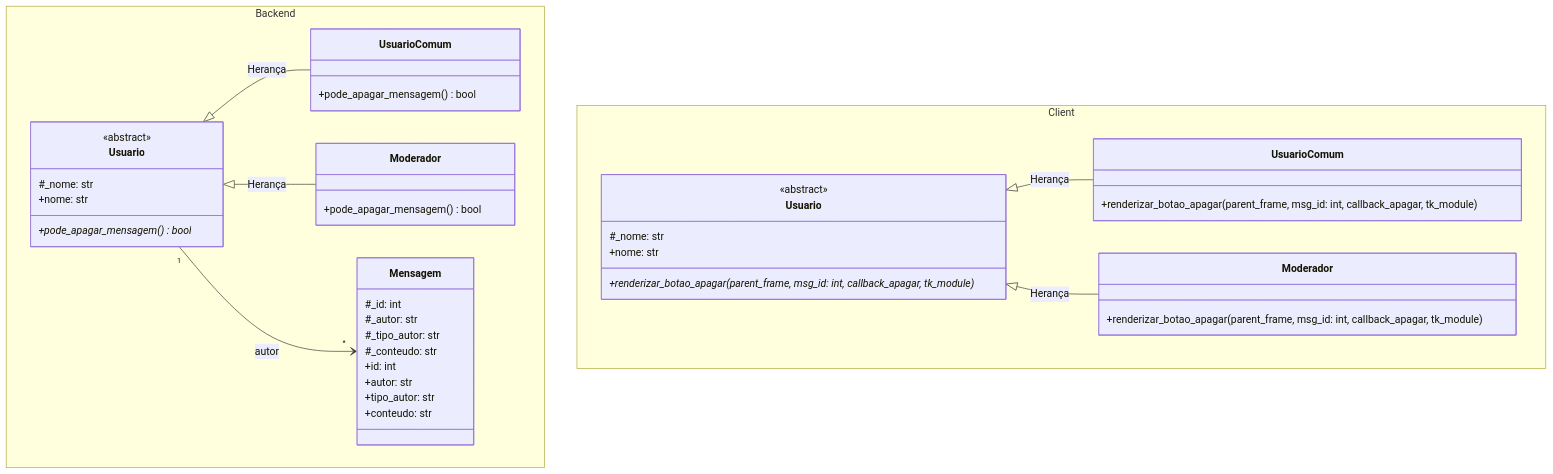
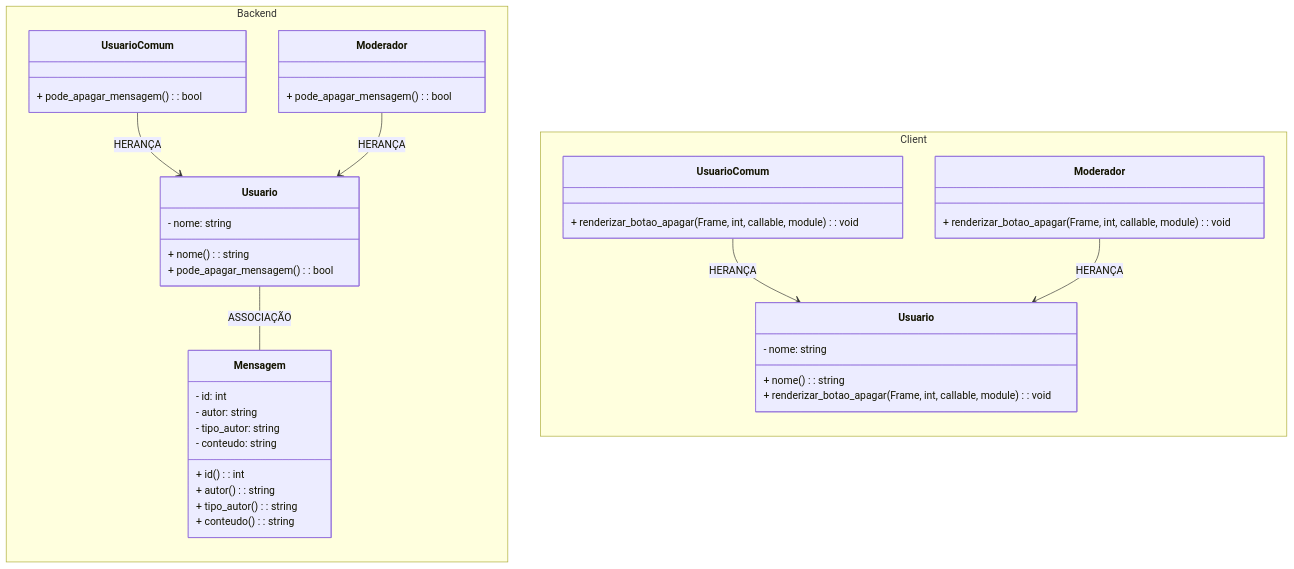
The diagram in README.md (Edu0032/chat-poo), drawn with Mermaid before and after one commit.

Commit message:
Padronização especifica do trabalho

````diff
--- a/README.md
+++ b/README.md
@@ -25,56 +25,54 @@
 ```mermaid
 classDiagram
-    direction TB
+    direction BT
 
     namespace Backend {
         class Usuario_Backend["Usuario"] {
-            <<abstract>>
-            #_nome: str
-            +nome: str
-            +pode_apagar_mensagem()* bool
+            - nome: string
+            + nome(): string
+            + pode_apagar_mensagem(): bool
         }
 
         class UsuarioComum_Backend["UsuarioComum"] {
-            +pode_apagar_mensagem() bool
+            + pode_apagar_mensagem(): bool
         }
 
         class Moderador_Backend["Moderador"] {
-            +pode_apagar_mensagem() bool
+            + pode_apagar_mensagem(): bool
         }
 
         class Mensagem {
-            #_id: int
-            #_autor: str
-            #_tipo_autor: str
-            #_conteudo: str
-            +id: int
-            +autor: str
-            +tipo_autor: str
-            +conteudo: str
+            - id: int
+            - autor: string
+            - tipo_autor: string
+            - conteudo: string
+            + id(): int
+            + autor(): string
+            + tipo_autor(): string
+            + conteudo(): string
         }
     }
 
     namespace Client {
         class Usuario_Client["Usuario"] {
-            <<abstract>>
-            #_nome: str
-            +nome: str
-            +renderizar_botao_apagar(parent_frame, msg_id: int, callback_apagar, tk_module)*
+            - nome: string
+            + nome(): string
+            + renderizar_botao_apagar(Frame, int, callable, module): void
         }
 
         class UsuarioComum_Client["UsuarioComum"] {
-            +renderizar_botao_apagar(parent_frame, msg_id: int, callback_apagar, tk_module)
+            + renderizar_botao_apagar(Frame, int, callable, module): void
         }
 
         class Moderador_Client["Moderador"] {
-            +renderizar_botao_apagar(parent_frame, msg_id: int, callback_apagar, tk_module)
+            + renderizar_botao_apagar(Frame, int, callable, module): void
         }
     }
 
-    Usuario_Backend <|-- UsuarioComum_Backend : Herança
-    Usuario_Backend <|-- Moderador_Backend : Herança
-    Usuario_Backend "1" --> "*" Mensagem : autor
+    UsuarioComum_Backend --> Usuario_Backend : HERANÇA
+    Moderador_Backend --> Usuario_Backend : HERANÇA
+    Usuario_Backend -- Mensagem : ASSOCIAÇÃO
 
-    Usuario_Client <|-- UsuarioComum_Client : Herança
-    Usuario_Client <|-- Moderador_Client : Herança
+    UsuarioComum_Client --> Usuario_Client : HERANÇA
+    Moderador_Client --> Usuario_Client : HERANÇA
 ```
````
